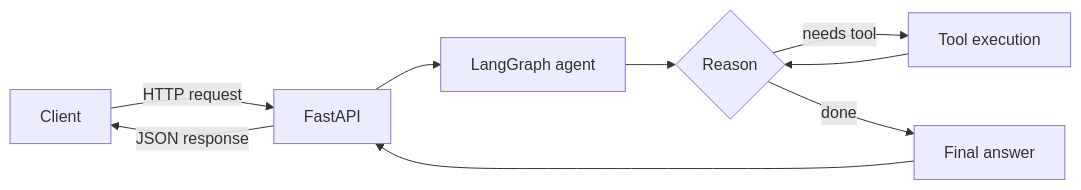
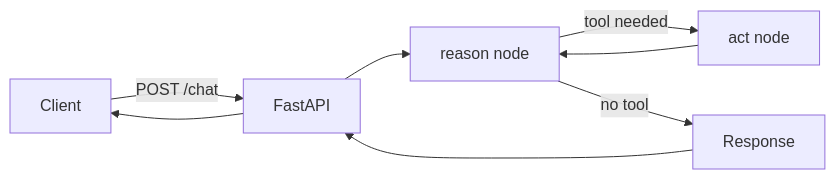
The diagram in README.md (manthankro/pramanix), drawn with Mermaid before and after one commit. The commit also changed other lines of this file, not shown here.

````diff
--- a/README.md
+++ b/README.md
@@ -23,11 +23,10 @@
 ```mermaid
 flowchart LR
-    U[Client] -->|HTTP request| A[FastAPI]
-    A --> G[LangGraph agent]
-    G --> R{Reason}
-    R -->|needs tool| T[Tool execution]
+    U[Client] -->|POST /chat| A[FastAPI]
+    A --> R[reason node]
+    R -->|tool needed| T[act node]
     T --> R
-    R -->|done| F[Final answer]
-    F --> A
-    A -->|JSON response| U
+    R -->|no tool| E[Response]
+    E --> A
+    A --> U
 ```
````
